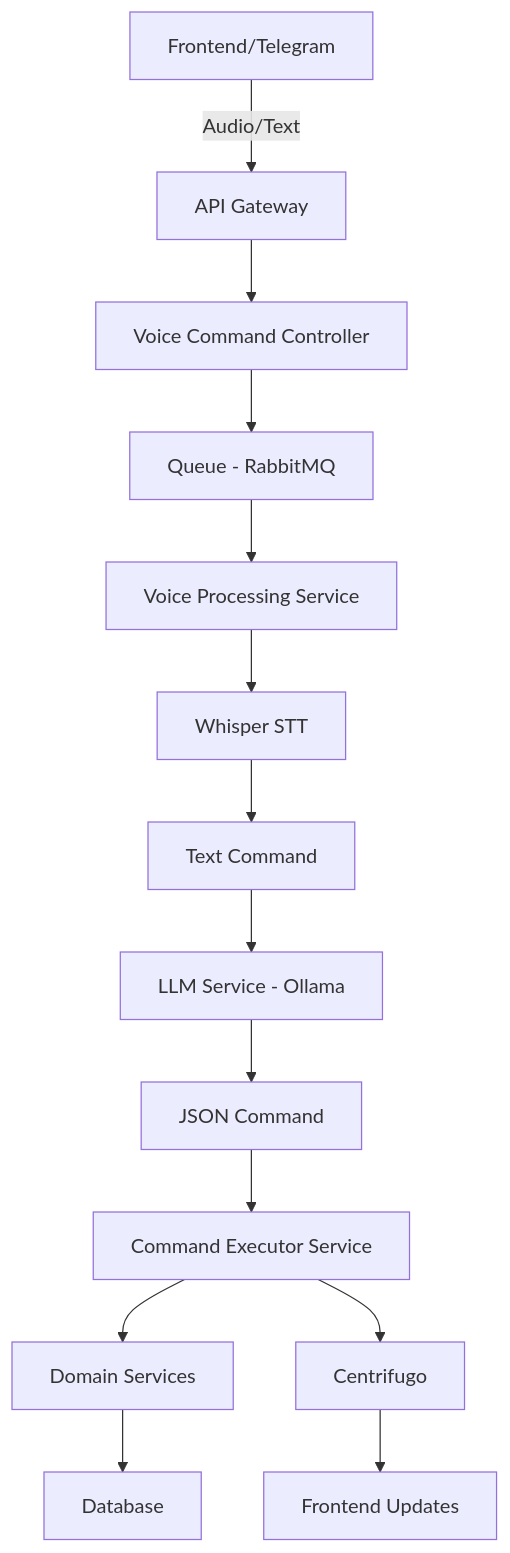
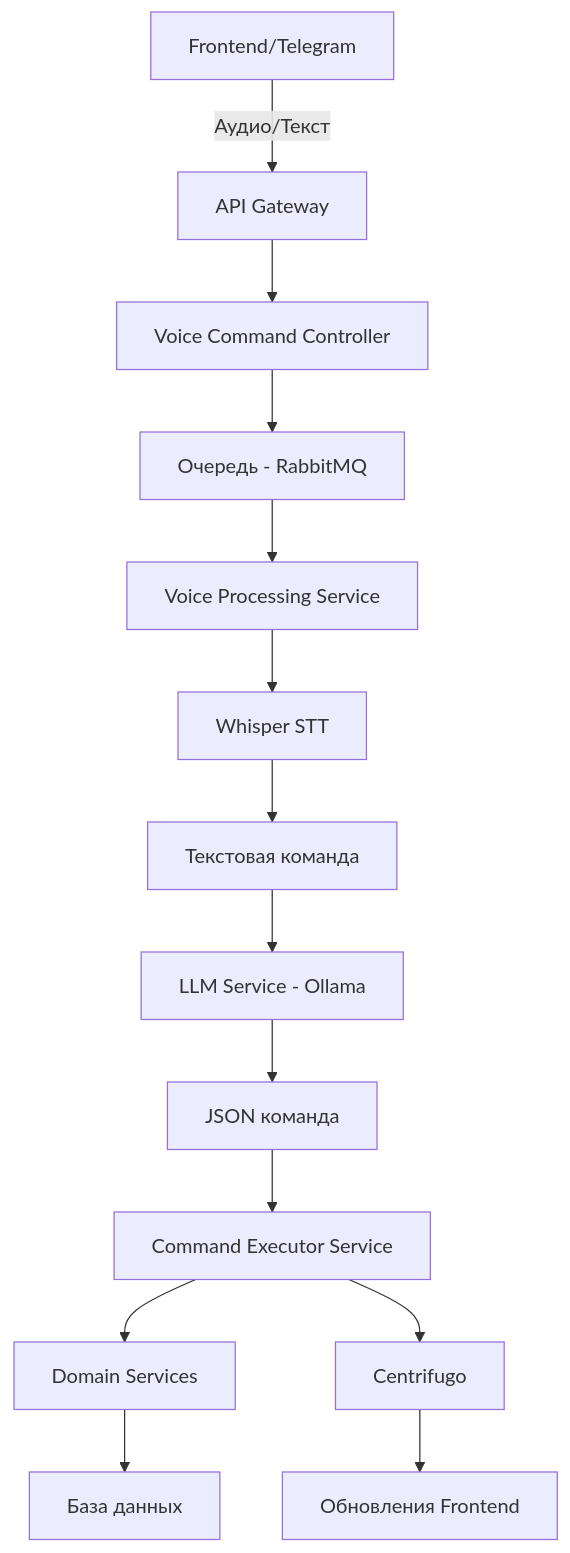
Before and after one commit to sollent/test_sonnet45: the diagram in docs/guides/voice-ai/VOICE_AI_ASSISTANT_PLAN.md, drawn with Mermaid. The commit also changed other lines of this file, not shown here.

````diff
--- a/docs/guides/voice-ai/VOICE_AI_ASSISTANT_PLAN.md
+++ b/docs/guides/voice-ai/VOICE_AI_ASSISTANT_PLAN.md
@@ -37,16 +37,16 @@
 ```mermaid
 graph TD
-    A[Frontend/Telegram] -->|Audio/Text| B[API Gateway]
+    A[Frontend/Telegram] -->|Аудио/Текст| B[API Gateway]
     B --> C[Voice Command Controller]
-    C --> D[Queue - RabbitMQ]
+    C --> D[Очередь - RabbitMQ]
     D --> E[Voice Processing Service]
     E --> F[Whisper STT]
-    F --> G[Text Command]
+    F --> G[Текстовая команда]
     G --> H[LLM Service - Ollama]
-    H --> I[JSON Command]
+    H --> I[JSON команда]
     I --> J[Command Executor Service]
     J --> K[Domain Services]
-    K --> L[Database]
+    K --> L[База данных]
     J --> M[Centrifugo]
-    M --> N[Frontend Updates]
+    M --> N[Обновления Frontend]
 ```
````
